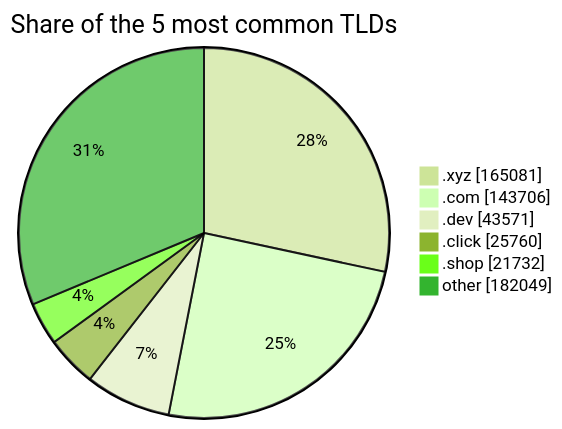
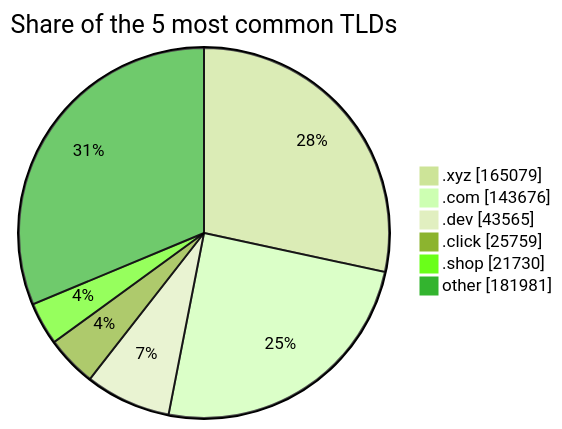
Before and after one commit to DNSBunker/CTI: the third of 3 diagrams in README.md, drawn with Mermaid (forest theme). The commit also changed other lines of this file and 3 other files, not shown here.

````diff
--- a/README.md
+++ b/README.md
@@ -81,9 +81,9 @@
 ```mermaid
 pie showData title Share of the 5 most common TLDs
-    ".xyz" : 165081
-    ".com" : 143706
-    ".dev" : 43571
-    ".click" : 25760
-    ".shop" : 21732
-    "other" : 182049
+    ".xyz" : 165079
+    ".com" : 143676
+    ".dev" : 43565
+    ".click" : 25759
+    ".shop" : 21730
+    "other" : 181981
 ```
````
